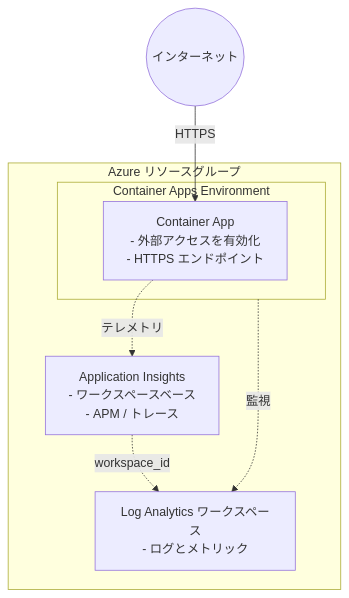
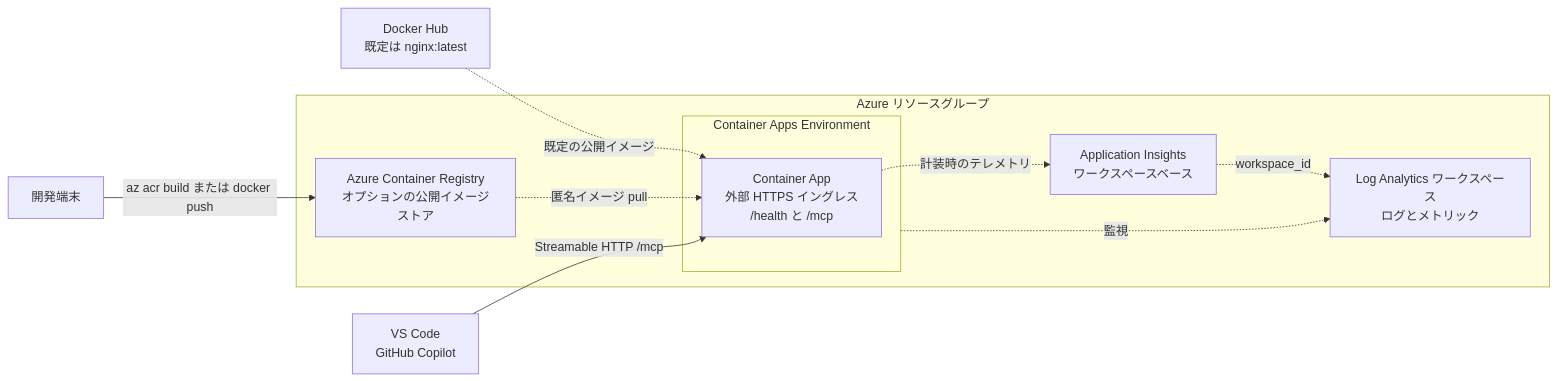
One commit to ks6088ts/template-terraform changed the diagram in infra/scenarios/azure_container_apps/README.ja.md. Above: the diagram before and after it, drawn with Mermaid. The commit also changed other lines of this file and 9 other files, not shown here.

First line of the commit message:
feat: Enhance Azure Container Apps scenario with public ACR support

````diff
--- a/infra/scenarios/azure_container_apps/README.ja.md
+++ b/infra/scenarios/azure_container_apps/README.ja.md
@@ -29,17 +45,23 @@
 ```mermaid
-flowchart TB
-    Internet((インターネット))
+flowchart LR
+    Developer["開発端末"]
+    Copilot["VS Code<br/>GitHub Copilot"]
+    DockerHub["Docker Hub<br/>既定は nginx:latest"]
 
     subgraph Azure["Azure リソースグループ"]
+        ACR["Azure Container Registry<br/>オプションの公開イメージストア"]
         subgraph CAE["Container Apps Environment"]
-            CA["Container App<br/>- 外部アクセスを有効化<br/>- HTTPS エンドポイント"]
+            CA["Container App<br/>外部 HTTPS イングレス<br/>/health と /mcp"]
         end
-        LAW["Log Analytics ワークスペース<br/>- ログとメトリック"]
-        APPI["Application Insights<br/>- ワークスペースベース<br/>- APM / トレース"]
+        LAW["Log Analytics ワークスペース<br/>ログとメトリック"]
+        APPI["Application Insights<br/>ワークスペースベース"]
     end
 
-    Internet -->|HTTPS| CA
+    Developer -->|az acr build または docker push| ACR
+    DockerHub -.->|既定の公開イメージ| CA
+    ACR -.->|匿名イメージ pull| CA
+    Copilot -->|Streamable HTTP /mcp| CA
     CAE -.->|監視| LAW
     APPI -.->|workspace_id| LAW
-    CA -.->|テレメトリ| APPI
+    CA -.->|計装時のテレメトリ| APPI
 ```
````
